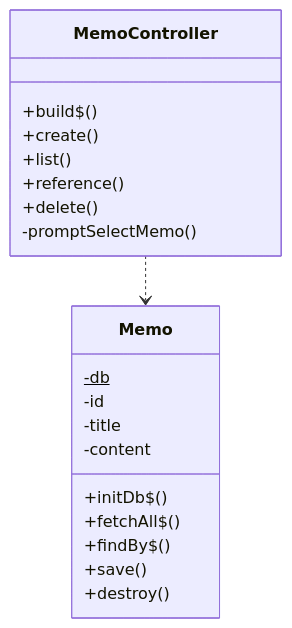
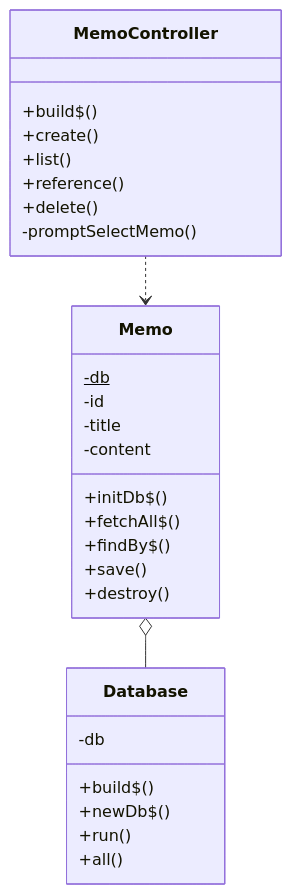
Before and after one commit to Shrimprin/js-practices: the diagram in 04.class/class_diagram.md, drawn with Mermaid.

Commit message:
クラス図にDatabaseクラスを追加

````diff
--- a/04.class/class_diagram.md
+++ b/04.class/class_diagram.md
@@ -1,25 +1,34 @@
 ```mermaid
 classDiagram
   class MemoController {
     +build$()
     +create()
     +list()
     +reference()
     +delete()
     -promptSelectMemo()
   }
 
   class Memo {
     -db$
     -id
     -title
     -content
     +initDb$()
     +fetchAll$()
     +findBy$()
     +save()
     +destroy()
   }
 
+  class Database {
+    -db
+    +build$()
+    +newDb$()
+    +run()
+    +all()
+  }
+
   MemoController ..> Memo
+  Memo o-- Database
 ```
````
